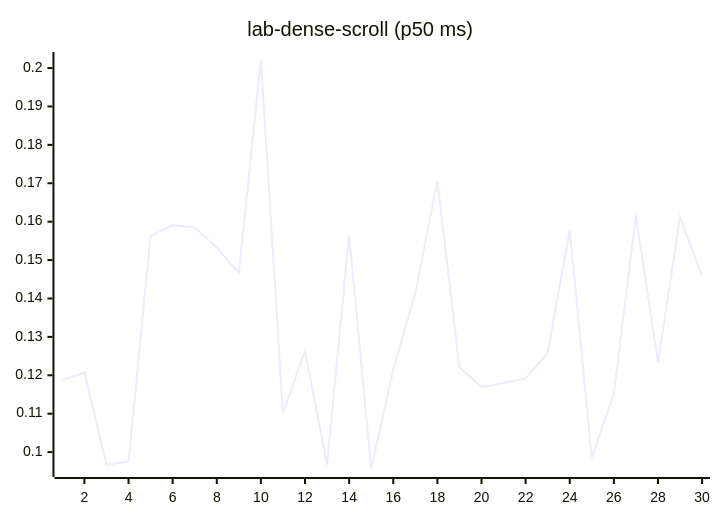
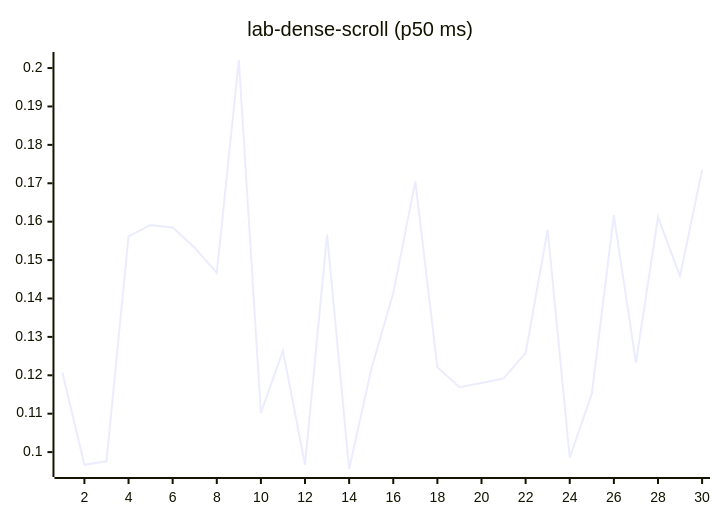
One commit to josha/Facet changed diagram 12 of 27 in README.md. Above: the diagram before and after it, drawn with Mermaid. The commit also changed other lines of this file and 2 other files, not shown here.

````diff
--- a/README.md
+++ b/README.md
@@ -140,6 +140,6 @@
 ```mermaid
 xychart-beta
     title "lab-dense-scroll (p50 ms)"
     x-axis 1 --> 30
-    line [0.1187, 0.1207, 0.0967, 0.0976, 0.1562, 0.1591, 0.1585, 0.1532, 0.1467, 0.2021, 0.1102, 0.1264, 0.0967, 0.1567, 0.0956, 0.1215, 0.1414, 0.1705, 0.1221, 0.1169, 0.1180, 0.1192, 0.1258, 0.1579, 0.0986, 0.1152, 0.1617, 0.1233, 0.1612, 0.1458]
+    line [0.1207, 0.0967, 0.0976, 0.1562, 0.1591, 0.1585, 0.1532, 0.1467, 0.2021, 0.1102, 0.1264, 0.0967, 0.1567, 0.0956, 0.1215, 0.1414, 0.1705, 0.1221, 0.1169, 0.1180, 0.1192, 0.1258, 0.1579, 0.0986, 0.1152, 0.1617, 0.1233, 0.1612, 0.1458, 0.1735]
 ```
````
